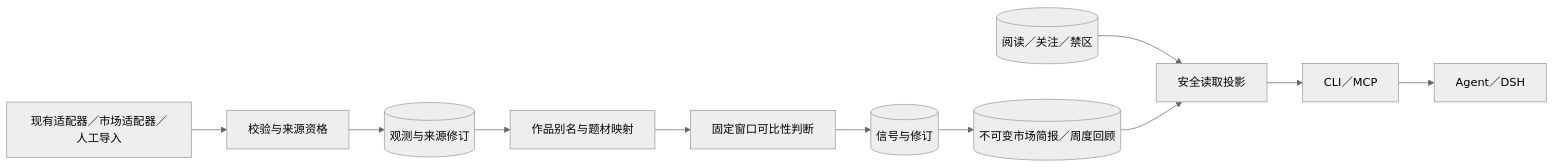
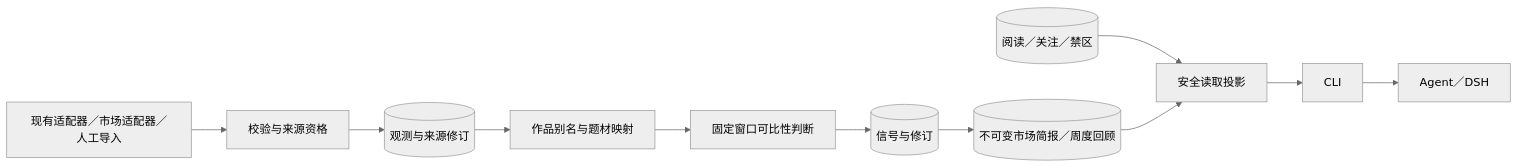
One commit to yeisme/short-drama-radar changed the first of 4 diagrams in openspec/changes/radar-market-observation-and-brief-v1/design.md. Above: the diagram before and after it, drawn with Mermaid (neutral theme). The commit also changed other lines of this file and 3 other files, not shown here.

First line of the commit message:
docs(market): align agent surface with CLI consumption contract after MCP removal

````diff
--- a/openspec/changes/radar-market-observation-and-brief-v1/design.md
+++ b/openspec/changes/radar-market-observation-and-brief-v1/design.md
@@ -24,13 +24,13 @@
 ```mermaid
 flowchart LR
   A[现有适配器／市场适配器／人工导入] --> V[校验与来源资格]
   V --> O[(观测与来源修订)]
   O --> I[作品别名与题材映射]
   I --> C[固定窗口可比性判断]
   C --> S[(信号与修订)]
   S --> B[(不可变市场简报／周度回顾)]
   P[(阅读／关注／禁区)] --> Q[安全读取投影]
   B --> Q
-  Q --> M[CLI／MCP]
+  Q --> M[CLI]
   M --> D[Agent／DSH]
 ```
````
